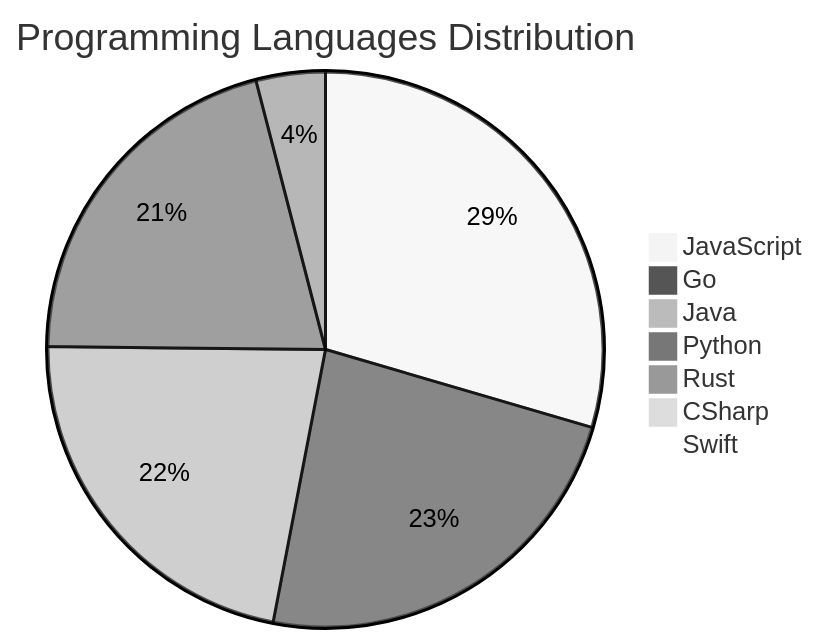
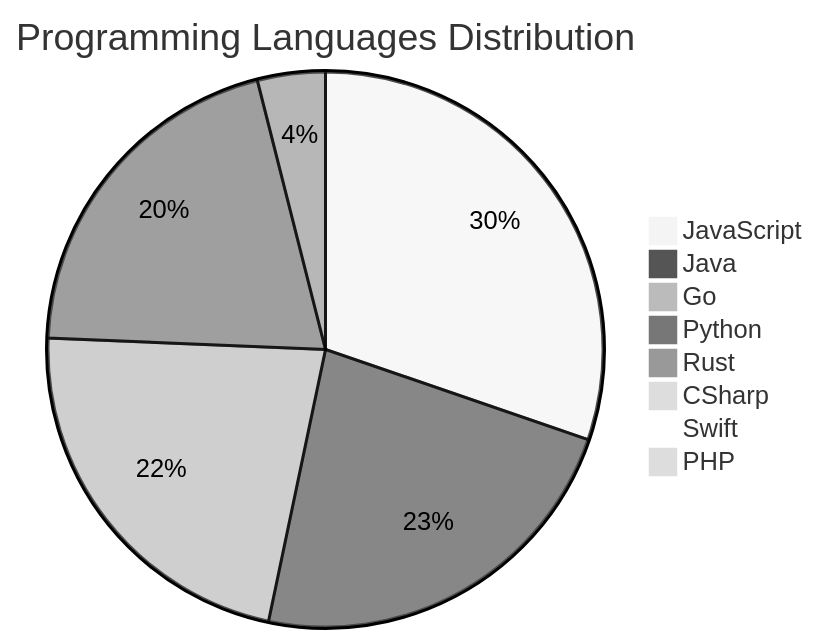
One commit to Derrick-MUGISHA/github-activity-bot changed the diagram in README.md. Above: the diagram before and after it, drawn with Mermaid (neutral theme). The commit also changed other lines of this file and 4 other files, not shown here.

````diff
--- a/README.md
+++ b/README.md
@@ -207,10 +208,11 @@
 ```mermaid
 pie title Programming Languages Distribution
-    "JavaScript" : 44
-    "Go" : 35
-    "Java" : 33
+    "JavaScript" : 46
+    "Java" : 35
+    "Go" : 34
     "Python" : 31
     "Rust" : 6
     "CSharp" : 1
     "Swift" : 1
+    "PHP" : 1
 ```
````
